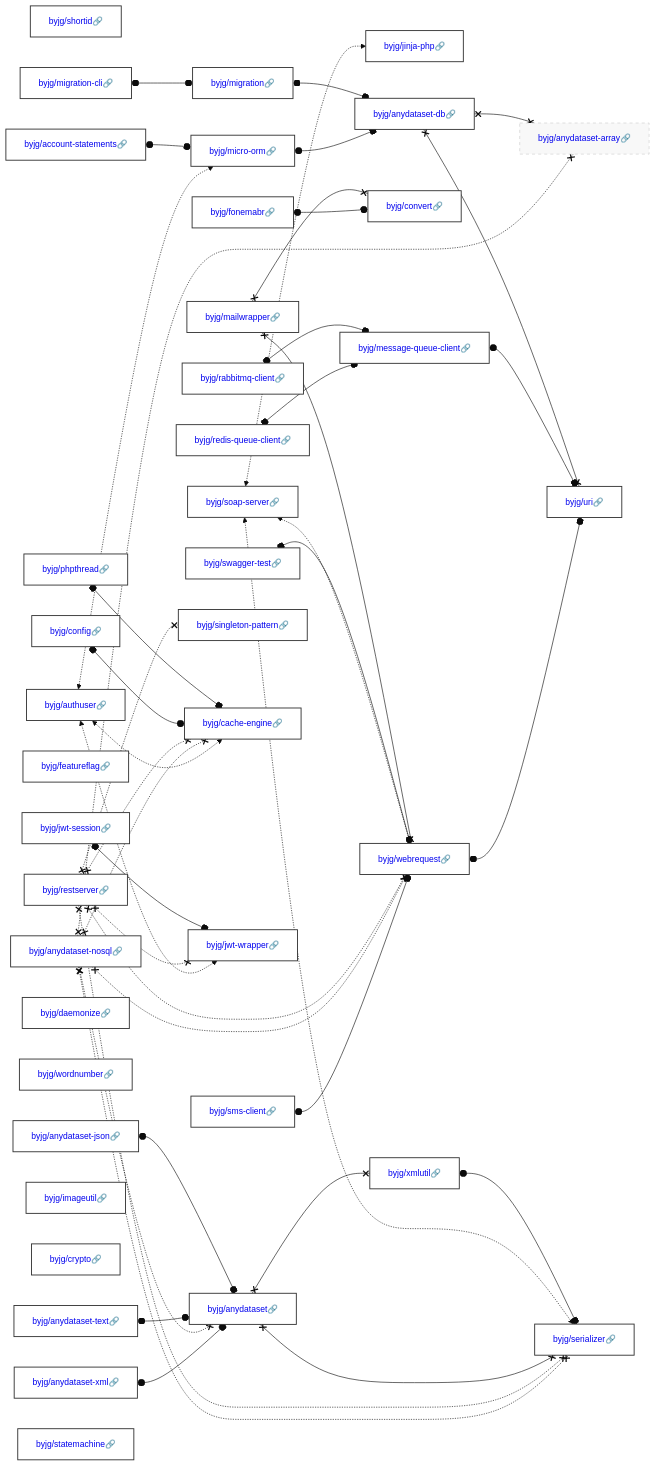
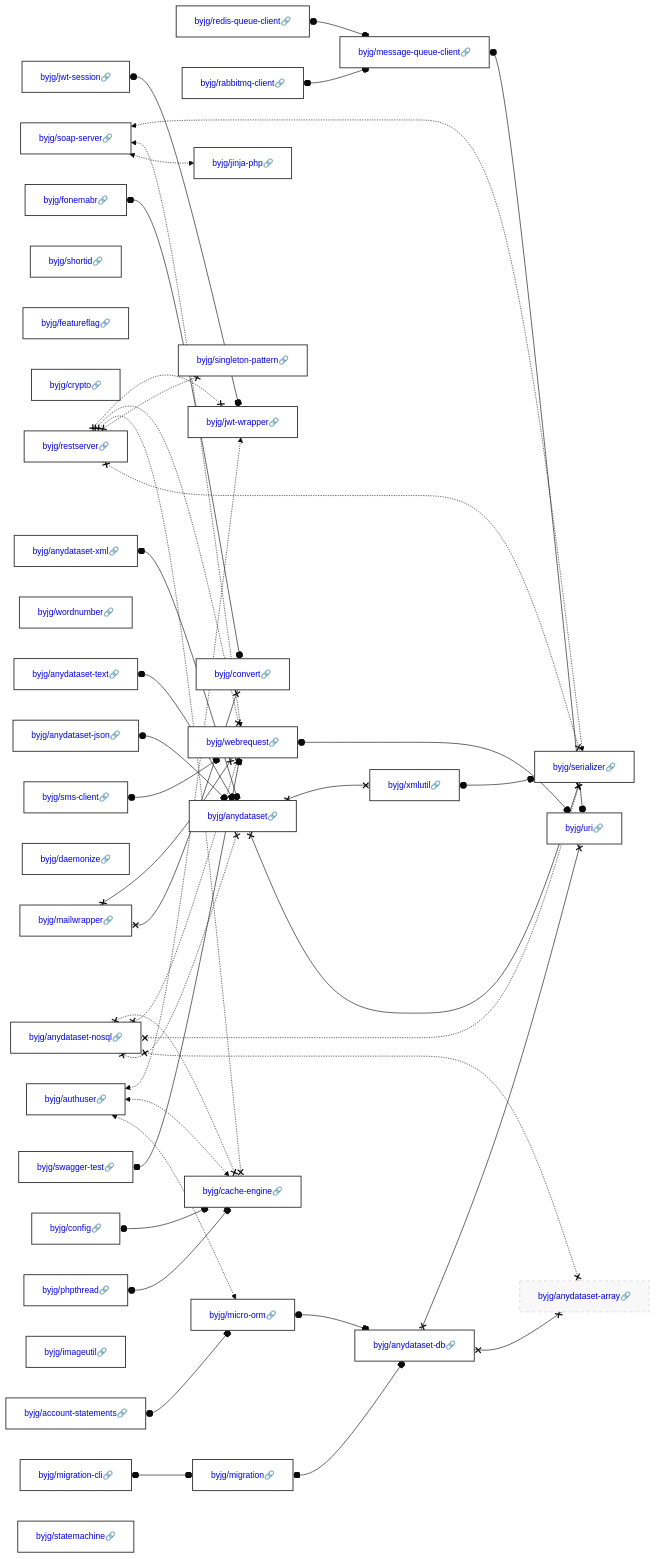
One commit to byjg/byjg.github.io changed the diagram in docs/php/README.md. Above: the diagram before and after it, drawn with Mermaid (base theme). The commit also changed other lines of this file and 2 other files, not shown here.

Commit message:
Update documentation 'php' 'php-imageutil'

````diff
--- a/docs/php/README.md
+++ b/docs/php/README.md
@@ -3,39 +3,39 @@
 ```mermaid
 graph LR;
-  byjg/swagger-test[<a href='https://opensource.byjg.com/docs/php/swagger-test' style='text-decoration:none'>byjg/swagger-test🔗</a>];
-  byjg/shortid[<a href='https://opensource.byjg.com/docs/php/shortid' style='text-decoration:none'>byjg/shortid🔗</a>];
-  byjg/mailwrapper[<a href='https://opensource.byjg.com/docs/php/mailwrapper' style='text-decoration:none'>byjg/mailwrapper🔗</a>];
-  byjg/sms-client[<a href='https://opensource.byjg.com/docs/php/sms-client' style='text-decoration:none'>byjg/sms-client🔗</a>];
-  byjg/rabbitmq-client[<a href='https://opensource.byjg.com/docs/php/rabbitmq-client' style='text-decoration:none'>byjg/rabbitmq-client🔗</a>];
-  byjg/account-statements[<a href='https://opensource.byjg.com/docs/php/account-statements' style='text-decoration:none'>byjg/account-statements🔗</a>];
-  byjg/migration-cli[<a href='https://opensource.byjg.com/docs/php/migration-cli' style='text-decoration:none'>byjg/migration-cli🔗</a>];
-  byjg/authuser[<a href='https://opensource.byjg.com/docs/php/authuser' style='text-decoration:none'>byjg/authuser🔗</a>];
-  byjg/config[<a href='https://opensource.byjg.com/docs/php/config' style='text-decoration:none'>byjg/config🔗</a>];
-  byjg/anydataset-json[<a href='https://opensource.byjg.com/docs/php/anydataset-json' style='text-decoration:none'>byjg/anydataset-json🔗</a>];
-  byjg/featureflag[<a href='https://opensource.byjg.com/docs/php/featureflag' style='text-decoration:none'>byjg/featureflag🔗</a>];
-  byjg/anydataset-text[<a href='https://opensource.byjg.com/docs/php/anydataset-text' style='text-decoration:none'>byjg/anydataset-text🔗</a>];
+  byjg/anydataset-nosql[<a href='https://opensource.byjg.com/docs/php/anydataset-nosql' style='text-decoration:none'>byjg/anydataset-nosql🔗</a>];
   byjg/soap-server[<a href='https://opensource.byjg.com/docs/php/soap-server' style='text-decoration:none'>byjg/soap-server🔗</a>];
   byjg/jwt-session[<a href='https://opensource.byjg.com/docs/php/jwt-session' style='text-decoration:none'>byjg/jwt-session🔗</a>];
+  byjg/shortid[<a href='https://opensource.byjg.com/docs/php/shortid' style='text-decoration:none'>byjg/shortid🔗</a>];
+  byjg/featureflag[<a href='https://opensource.byjg.com/docs/php/featureflag' style='text-decoration:none'>byjg/featureflag🔗</a>];
+  byjg/crypto[<a href='https://opensource.byjg.com/docs/php/crypto' style='text-decoration:none'>byjg/crypto🔗</a>];
   byjg/redis-queue-client[<a href='https://opensource.byjg.com/docs/php/redis-queue-client' style='text-decoration:none'>byjg/redis-queue-client🔗</a>];
-  byjg/anydataset-nosql[<a href='https://opensource.byjg.com/docs/php/anydataset-nosql' style='text-decoration:none'>byjg/anydataset-nosql🔗</a>];
+  byjg/migration-cli[<a href='https://opensource.byjg.com/docs/php/migration-cli' style='text-decoration:none'>byjg/migration-cli🔗</a>];
+  byjg/config[<a href='https://opensource.byjg.com/docs/php/config' style='text-decoration:none'>byjg/config🔗</a>];
+  byjg/wordnumber[<a href='https://opensource.byjg.com/docs/php/wordnumber' style='text-decoration:none'>byjg/wordnumber🔗</a>];
+  byjg/anydataset-json[<a href='https://opensource.byjg.com/docs/php/anydataset-json' style='text-decoration:none'>byjg/anydataset-json🔗</a>];
+  byjg/restserver[<a href='https://opensource.byjg.com/docs/php/restserver' style='text-decoration:none'>byjg/restserver🔗</a>];
+  byjg/authuser[<a href='https://opensource.byjg.com/docs/php/authuser' style='text-decoration:none'>byjg/authuser🔗</a>];
   byjg/daemonize[<a href='https://opensource.byjg.com/docs/php/daemonize' style='text-decoration:none'>byjg/daemonize🔗</a>];
-  byjg/wordnumber[<a href='https://opensource.byjg.com/docs/php/wordnumber' style='text-decoration:none'>byjg/wordnumber🔗</a>];
+  byjg/rabbitmq-client[<a href='https://opensource.byjg.com/docs/php/rabbitmq-client' style='text-decoration:none'>byjg/rabbitmq-client🔗</a>];
+  byjg/mailwrapper[<a href='https://opensource.byjg.com/docs/php/mailwrapper' style='text-decoration:none'>byjg/mailwrapper🔗</a>];
+  byjg/fonemabr[<a href='https://opensource.byjg.com/docs/php/fonemabr' style='text-decoration:none'>byjg/fonemabr🔗</a>];
+  byjg/swagger-test[<a href='https://opensource.byjg.com/docs/php/swagger-test' style='text-decoration:none'>byjg/swagger-test🔗</a>];
+  byjg/sms-client[<a href='https://opensource.byjg.com/docs/php/sms-client' style='text-decoration:none'>byjg/sms-client🔗</a>];
+  byjg/account-statements[<a href='https://opensource.byjg.com/docs/php/account-statements' style='text-decoration:none'>byjg/account-statements🔗</a>];
+  byjg/anydataset-xml[<a href='https://opensource.byjg.com/docs/php/anydataset-xml' style='text-decoration:none'>byjg/anydataset-xml🔗</a>];
+  byjg/imageutil[<a href='https://opensource.byjg.com/docs/php/imageutil' style='text-decoration:none'>byjg/imageutil🔗</a>];
   byjg/phpthread[<a href='https://opensource.byjg.com/docs/php/phpthread' style='text-decoration:none'>byjg/phpthread🔗</a>];
-  byjg/imageutil[<a href='https://opensource.byjg.com/docs/php/imageutil' style='text-decoration:none'>byjg/imageutil🔗</a>];
-  byjg/fonemabr[<a href='https://opensource.byjg.com/docs/php/fonemabr' style='text-decoration:none'>byjg/fonemabr🔗</a>];
-  byjg/crypto[<a href='https://opensource.byjg.com/docs/php/crypto' style='text-decoration:none'>byjg/crypto🔗</a>];
-  byjg/restserver[<a href='https://opensource.byjg.com/docs/php/restserver' style='text-decoration:none'>byjg/restserver🔗</a>];
-  byjg/anydataset-xml[<a href='https://opensource.byjg.com/docs/php/anydataset-xml' style='text-decoration:none'>byjg/anydataset-xml🔗</a>];
+  byjg/anydataset-text[<a href='https://opensource.byjg.com/docs/php/anydataset-text' style='text-decoration:none'>byjg/anydataset-text🔗</a>];
   byjg/statemachine[<a href='https://opensource.byjg.com/docs/php/statemachine' style='text-decoration:none'>byjg/statemachine🔗</a>];
+  byjg/jinja-php[<a href='https://opensource.byjg.com/docs/php/jinja-php' style='text-decoration:none'>byjg/jinja-php🔗</a>];
   byjg/migration[<a href='https://opensource.byjg.com/docs/php/migration' style='text-decoration:none'>byjg/migration🔗</a>];
-  byjg/micro-orm[<a href='https://opensource.byjg.com/docs/php/micro-orm' style='text-decoration:none'>byjg/micro-orm🔗</a>];
-  byjg/jinja-php[<a href='https://opensource.byjg.com/docs/php/jinja-php' style='text-decoration:none'>byjg/jinja-php🔗</a>];
+  byjg/singleton-pattern[<a href='https://opensource.byjg.com/docs/php/singleton-pattern' style='text-decoration:none'>byjg/singleton-pattern🔗</a>];
+  byjg/jwt-wrapper[<a href='https://opensource.byjg.com/docs/php/jwt-wrapper' style='text-decoration:none'>byjg/jwt-wrapper🔗</a>];
   byjg/message-queue-client[<a href='https://opensource.byjg.com/docs/php/message-queue-client' style='text-decoration:none'>byjg/message-queue-client🔗</a>];
   byjg/convert[<a href='https://opensource.byjg.com/docs/php/convert' style='text-decoration:none'>byjg/convert🔗</a>];
-  byjg/singleton-pattern[<a href='https://opensource.byjg.com/docs/php/singleton-pattern' style='text-decoration:none'>byjg/singleton-pattern🔗</a>];
+  byjg/webrequest[<a href='https://opensource.byjg.com/docs/php/webrequest' style='text-decoration:none'>byjg/webrequest🔗</a>];
+  byjg/micro-orm[<a href='https://opensource.byjg.com/docs/php/micro-orm' style='text-decoration:none'>byjg/micro-orm🔗</a>];
   byjg/cache-engine[<a href='https://opensource.byjg.com/docs/php/cache-engine' style='text-decoration:none'>byjg/cache-engine🔗</a>];
-  byjg/webrequest[<a href='https://opensource.byjg.com/docs/php/webrequest' style='text-decoration:none'>byjg/webrequest🔗</a>];
-  byjg/jwt-wrapper[<a href='https://opensource.byjg.com/docs/php/jwt-wrapper' style='text-decoration:none'>byjg/jwt-wrapper🔗</a>];
   byjg/anydataset[<a href='https://opensource.byjg.com/docs/php/anydataset' style='text-decoration:none'>byjg/anydataset🔗</a>];
   byjg/anydataset-db[<a href='https://opensource.byjg.com/docs/php/anydataset-db' style='text-decoration:none'>byjg/anydataset-db🔗</a>];
   byjg/xmlutil[<a href='https://opensource.byjg.com/docs/php/xmlutil' style='text-decoration:none'>byjg/xmlutil🔗</a>];
````
